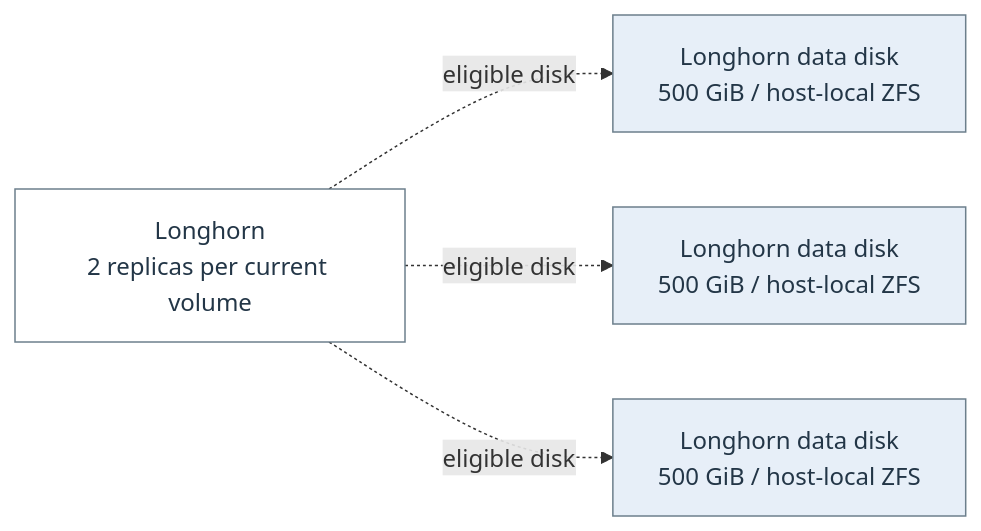
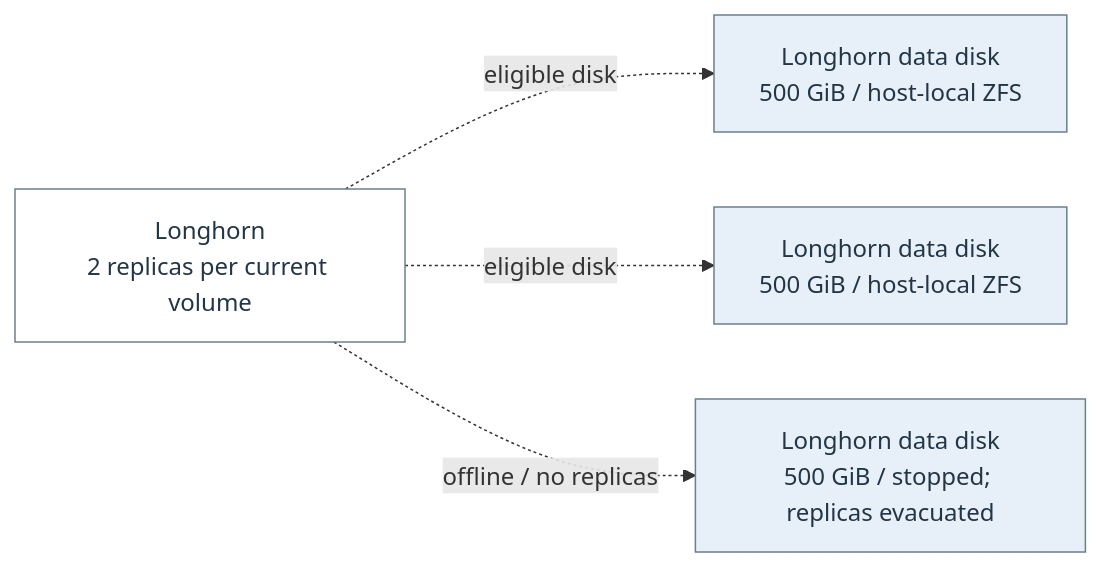
One commit to Harsh-2002/Homelab changed the diagram in docs/architecture/flow-19.mmd. Above: the diagram before and after it, drawn with Mermaid. The commit also changed 49 other files, not shown here.

```diff
--- a/docs/architecture/flow-19.mmd
+++ b/docs/architecture/flow-19.mmd
@@ -1,12 +1,12 @@
 flowchart LR
   n_flow_19_0["Longhorn<br/>2 replicas per current volume"]
   n_flow_19_1["Longhorn data disk<br/>500 GiB / host-local ZFS"]
   n_flow_19_2["Longhorn data disk<br/>500 GiB / host-local ZFS"]
-  n_flow_19_3["Longhorn data disk<br/>500 GiB / host-local ZFS"]
+  n_flow_19_3["Longhorn data disk<br/>500 GiB / stopped; replicas evacuated"]
   n_flow_19_0 -.->|"eligible disk"| n_flow_19_1
   n_flow_19_0 -.->|"eligible disk"| n_flow_19_2
-  n_flow_19_0 -.->|"eligible disk"| n_flow_19_3
+  n_flow_19_0 -.->|"offline / no replicas"| n_flow_19_3
   classDef c_flow_19_0 fill:#ffffff,stroke:#6c7f8c,color:#233647;
   class n_flow_19_0 c_flow_19_0;
   classDef c_flow_19_1 fill:#e7eff8,stroke:#6c7f8c,color:#233647;
   class n_flow_19_1,n_flow_19_2,n_flow_19_3 c_flow_19_1;
```
